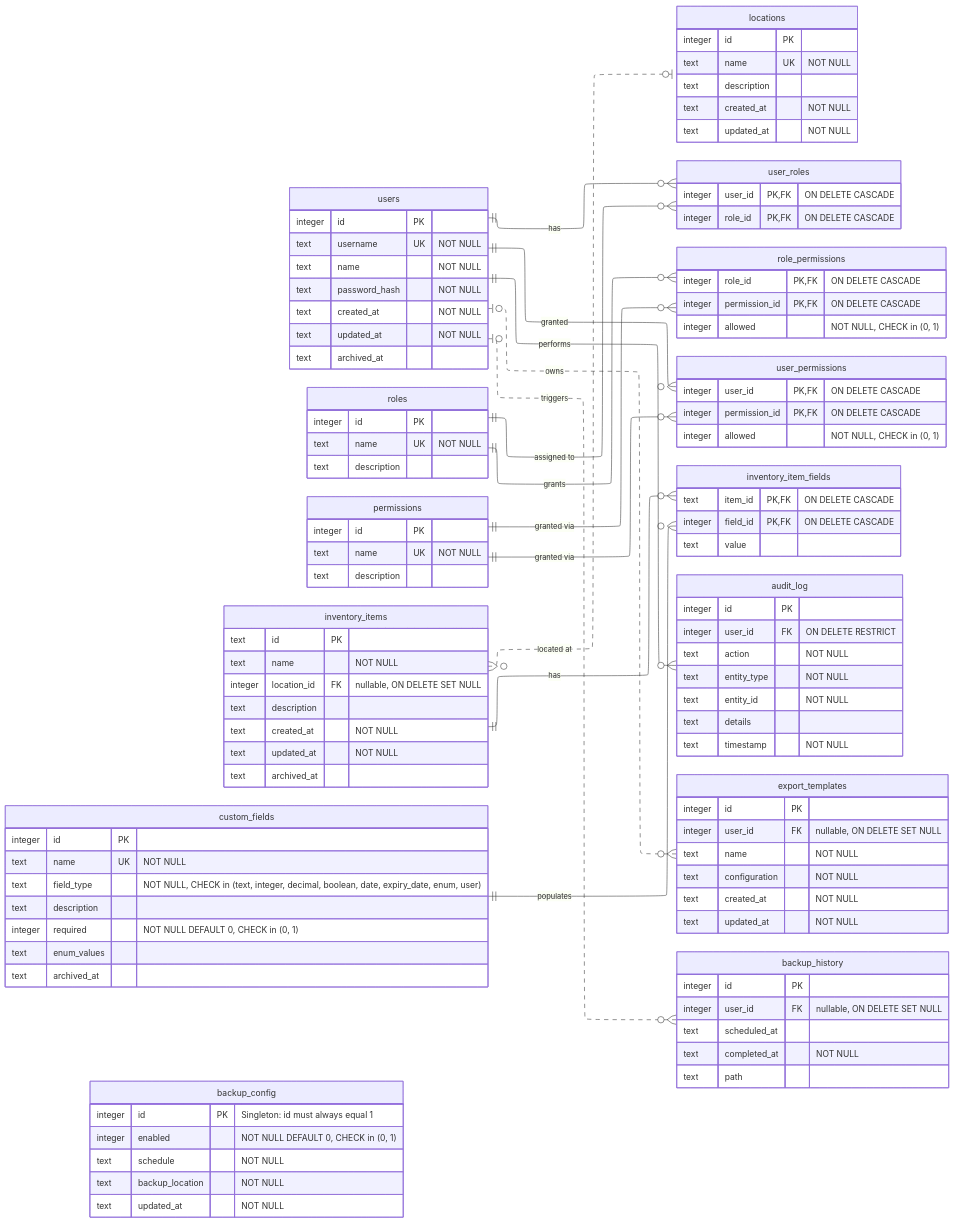
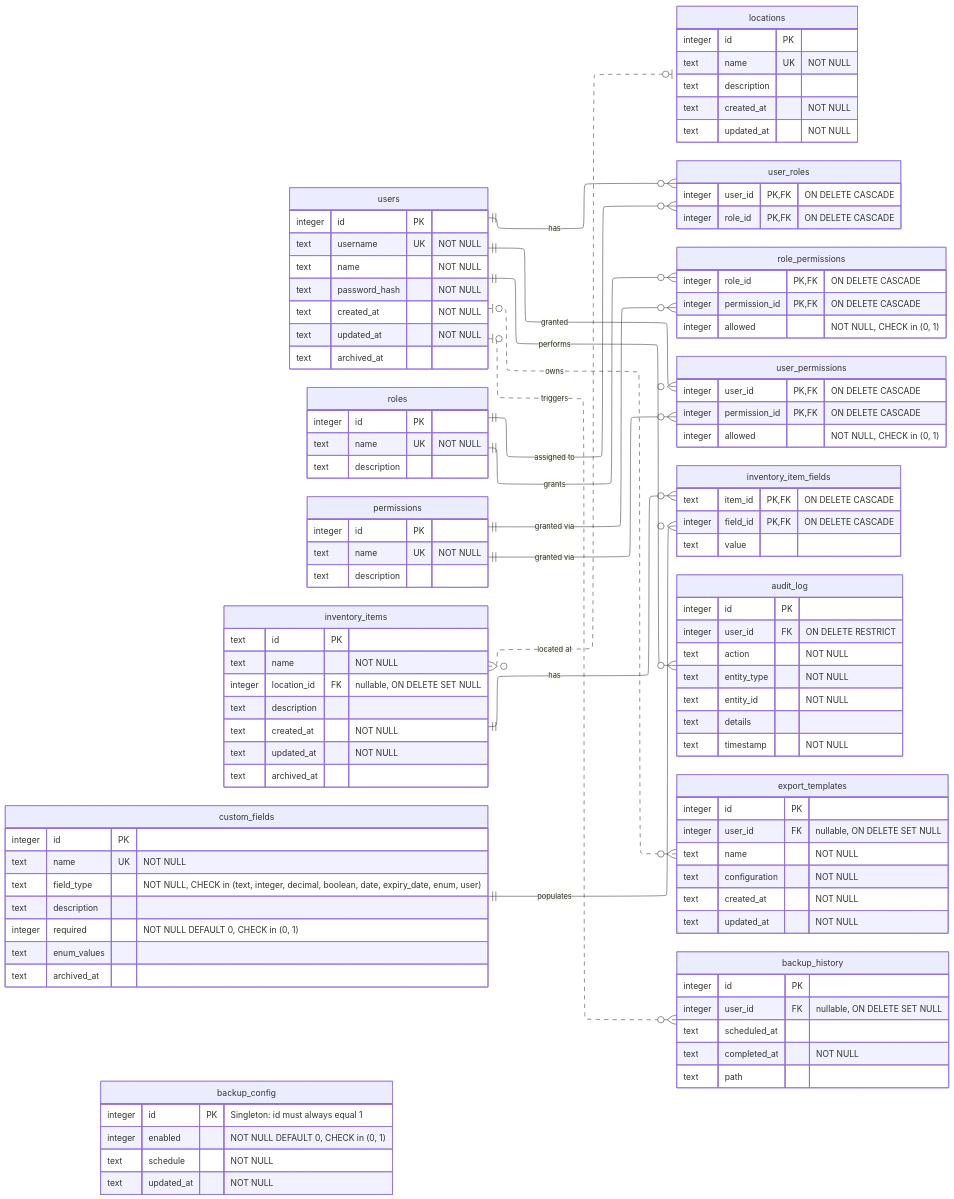
The diagram in docs/schema/schema.md (nemoe7/asset-tracker), drawn with Mermaid before and after one commit. The commit also changed 4 other files, not shown here.

Commit message:
docs: update BKP-003..007 implementation status and fix schema

```diff
--- a/docs/schema/schema.md
+++ b/docs/schema/schema.md
@@ -97,7 +97,6 @@
         integer id PK "Singleton: id must always equal 1"
         integer enabled "NOT NULL DEFAULT 0, CHECK in (0, 1)"
         text schedule "NOT NULL"
-        text backup_location "NOT NULL"
         text updated_at "NOT NULL"
     }
     backup_history {
```
